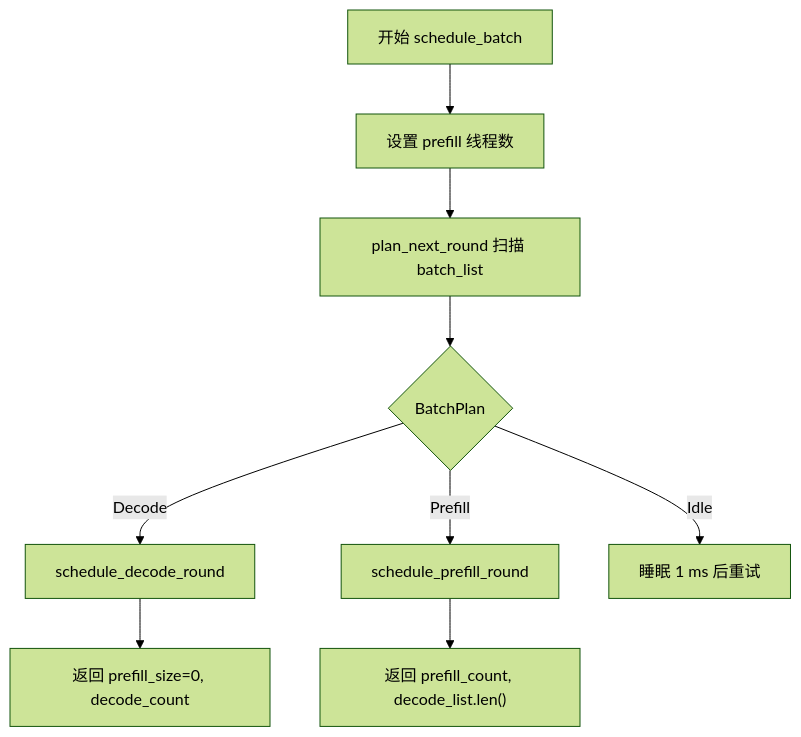
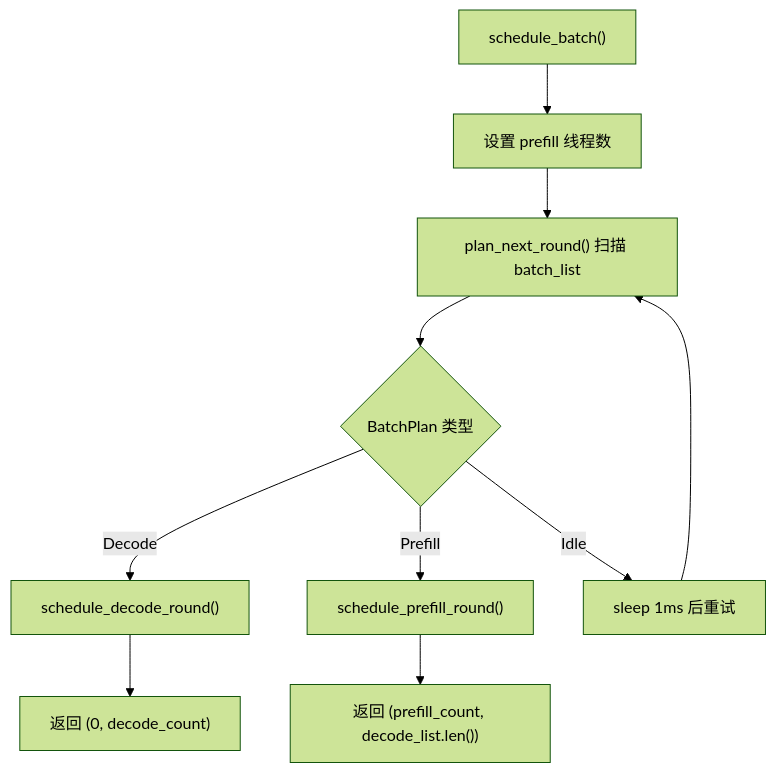
One commit to lucienhuangfu/eLLM changed the first of 9 diagrams in docs/zh-CN/runtime/schedule.md. Above: the diagram before and after it, drawn with Mermaid (forest theme). The commit also changed other lines of this file and 19 other files, not shown here.

````diff
--- a/docs/zh-CN/runtime/schedule.md
+++ b/docs/zh-CN/runtime/schedule.md
@@ -82,11 +78,12 @@
 ```mermaid
 flowchart TD
-    A["开始 schedule_batch"] --> B["设置 prefill 线程数"]
-    B --> C["plan_next_round 扫描 batch_list"]
-    C --> D{"BatchPlan"}
-    D -->|Decode| E["schedule_decode_round"]
-    D -->|Prefill| F["schedule_prefill_round"]
-    D -->|Idle| G["睡眠 1 ms 后重试"]
-    E --> H["返回 prefill_size=0, decode_count"]
-    F --> I["返回 prefill_count, decode_list.len()"]
+    A["schedule_batch()"] --> B["设置 prefill 线程数"]
+    B --> C["plan_next_round() 扫描 batch_list"]
+    C --> D{"BatchPlan 类型"}
+    D -->|Decode| E["schedule_decode_round()"]
+    D -->|Prefill| F["schedule_prefill_round()"]
+    D -->|Idle| G["sleep 1ms 后重试"]
+    E --> H["返回 (0, decode_count)"]
+    F --> I["返回 (prefill_count, decode_list.len())"]
+    G --> C
 ```
````
